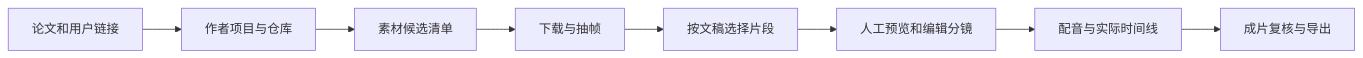
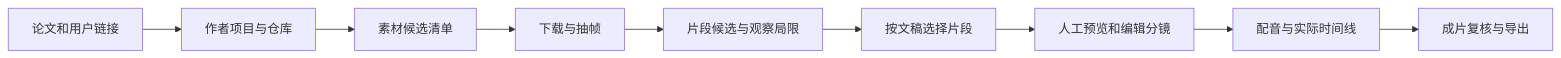
The diagram in docs/media-sources.md (keyu7536-wq/video-workshop), drawn with Mermaid before and after one commit. The commit also changed other lines of this file and 47 other files, not shown here.

````diff
--- a/docs/media-sources.md
+++ b/docs/media-sources.md
@@ -13,10 +13,11 @@
 ```mermaid
 flowchart LR
     A[论文和用户链接] --> B[作者项目与仓库]
     B --> C[素材候选清单]
     C --> D[下载与抽帧]
-    D --> E[按文稿选择片段]
+    D --> I[片段候选与观察局限]
+    I --> E[按文稿选择片段]
     E --> F[人工预览和编辑分镜]
     F --> G[配音与实际时间线]
     G --> H[成片复核与导出]
 ```
````
